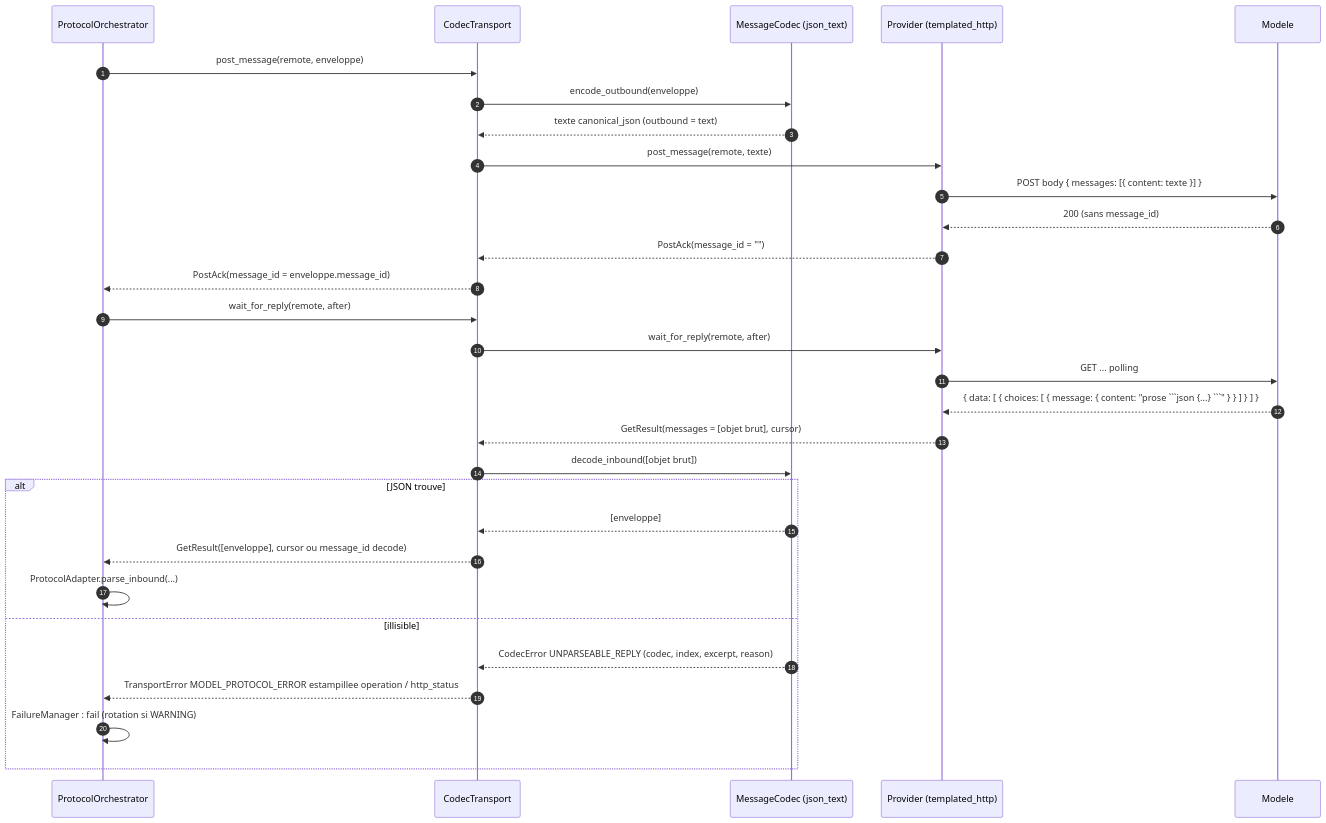
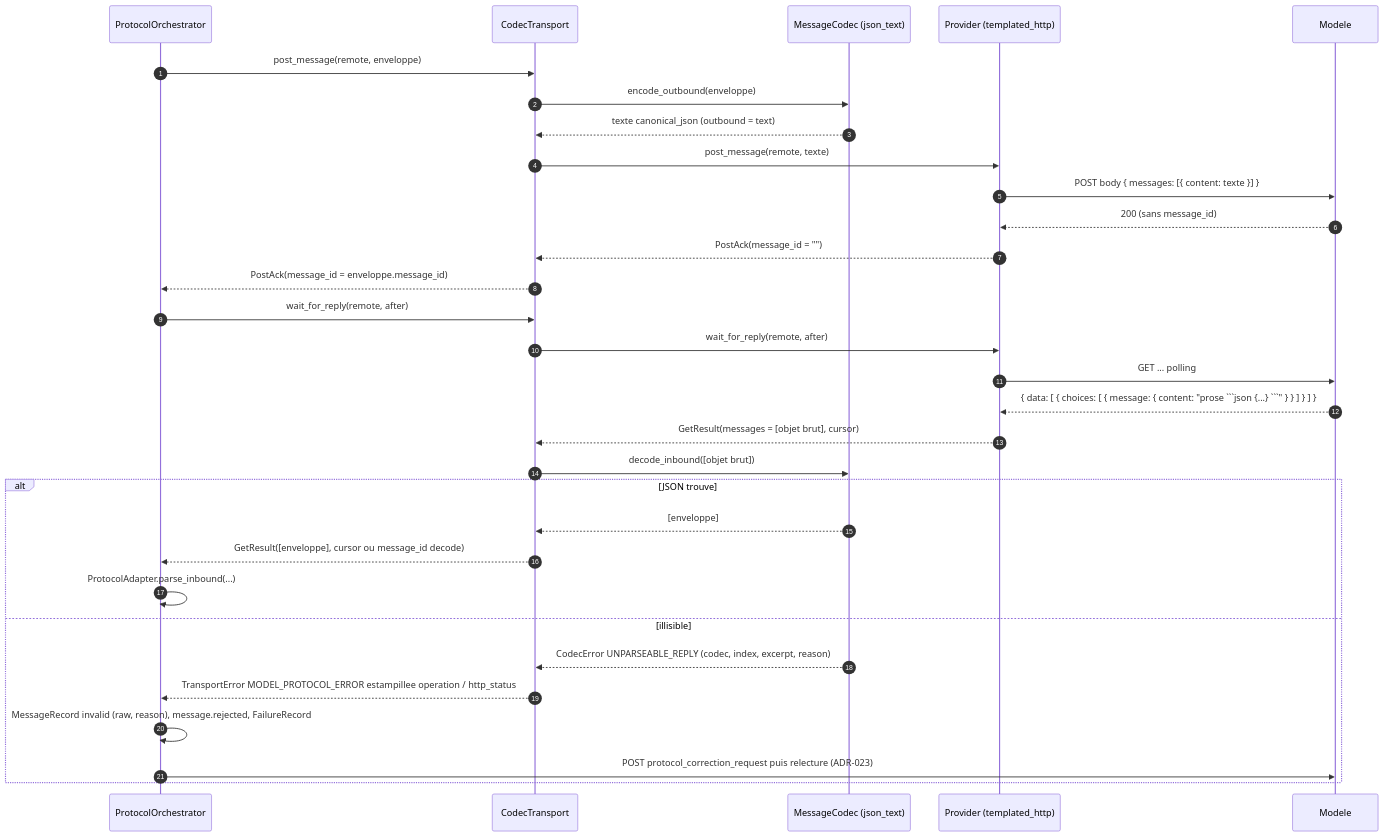
One commit to moabidi91/agentic-local-app changed the third of 7 diagrams in docs/architecture/05-transport-and-failures.md. Above: the diagram before and after it, drawn with Mermaid. The commit also changed other lines of this file and 45 other files, not shown here.

````diff
--- a/docs/architecture/05-transport-and-failures.md
+++ b/docs/architecture/05-transport-and-failures.md
@@ -160,32 +160,33 @@
 ```mermaid
 sequenceDiagram
     autonumber
     participant O as ProtocolOrchestrator
     participant C as CodecTransport
     participant K as MessageCodec (json_text)
     participant P as Provider (templated_http)
     participant M as Modele
     O->>C: post_message(remote, enveloppe)
     C->>K: encode_outbound(enveloppe)
     K-->>C: texte canonical_json (outbound = text)
     C->>P: post_message(remote, texte)
     P->>M: POST body { messages: [{ content: texte }] }
     M-->>P: 200 (sans message_id)
     P-->>C: PostAck(message_id = "")
     C-->>O: PostAck(message_id = enveloppe.message_id)
     O->>C: wait_for_reply(remote, after)
     C->>P: wait_for_reply(remote, after)
     P->>M: GET ... polling
     M-->>P: { data: [ { choices: [ { message: { content: "prose ```json {...} ```" } } ] } ] }
     P-->>C: GetResult(messages = [objet brut], cursor)
     C->>K: decode_inbound([objet brut])
     alt JSON trouve
         K-->>C: [enveloppe]
         C-->>O: GetResult([enveloppe], cursor ou message_id decode)
         O->>O: ProtocolAdapter.parse_inbound(...)
     else illisible
         K-->>C: CodecError UNPARSEABLE_REPLY (codec, index, excerpt, reason)
         C-->>O: TransportError MODEL_PROTOCOL_ERROR estampillee operation / http_status
-        O->>O: FailureManager : fail (rotation si WARNING)
+        O->>O: MessageRecord invalid (raw, reason), message.rejected, FailureRecord
+        O->>M: POST protocol_correction_request puis relecture (ADR-023)
     end
 ```
````
